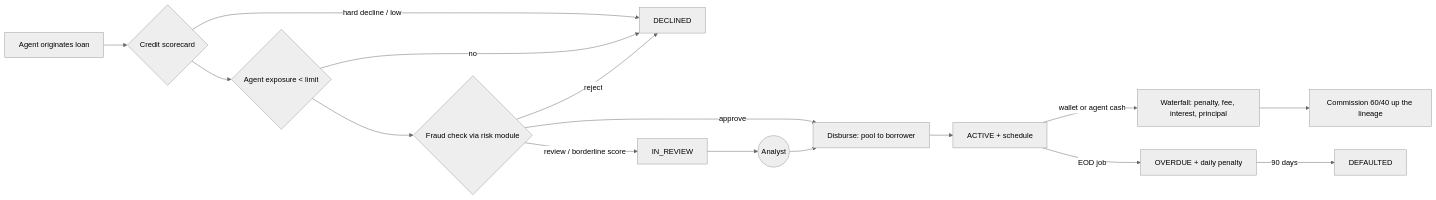
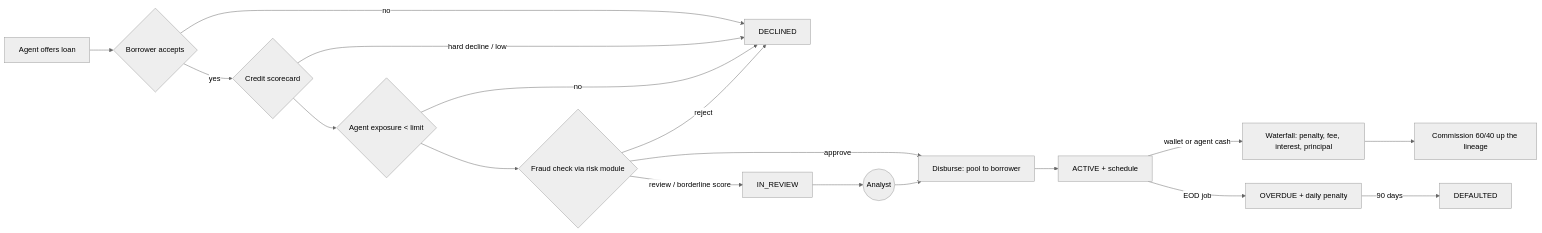
One commit to smwangi/kibetipay changed the third of 3 diagrams in docs/ARCHITECTURE.md. Above: the diagram before and after it, drawn with Mermaid (neutral theme). The commit also changed 14 other files, not shown here.

````diff
--- a/docs/ARCHITECTURE.md
+++ b/docs/ARCHITECTURE.md
@@ -110,16 +110,18 @@
 ```mermaid
 flowchart LR
-    A[Agent originates loan] --> S{Credit scorecard}
+    A[Agent offers loan] --> B{Borrower accepts}
+    B -- yes --> S{Credit scorecard}
+    B -- no --> D[DECLINED]
     S -- hard decline / low --> D[DECLINED]
     S --> L{Agent exposure < limit}
     L -- no --> D
     L --> F{Fraud check via risk module}
     F -- reject --> D
     F -- review / borderline score --> R[IN_REVIEW] --> H((Analyst))
     F -- approve --> X[Disburse: pool to borrower]
     H --> X
     X --> ACT[ACTIVE + schedule]
     ACT -- wallet or agent cash --> W[Waterfall: penalty, fee, interest, principal]
     W --> C[Commission 60/40 up the lineage]
     ACT -- EOD job --> O[OVERDUE + daily penalty] -- 90 days --> DEF[DEFAULTED]
 ```
````
